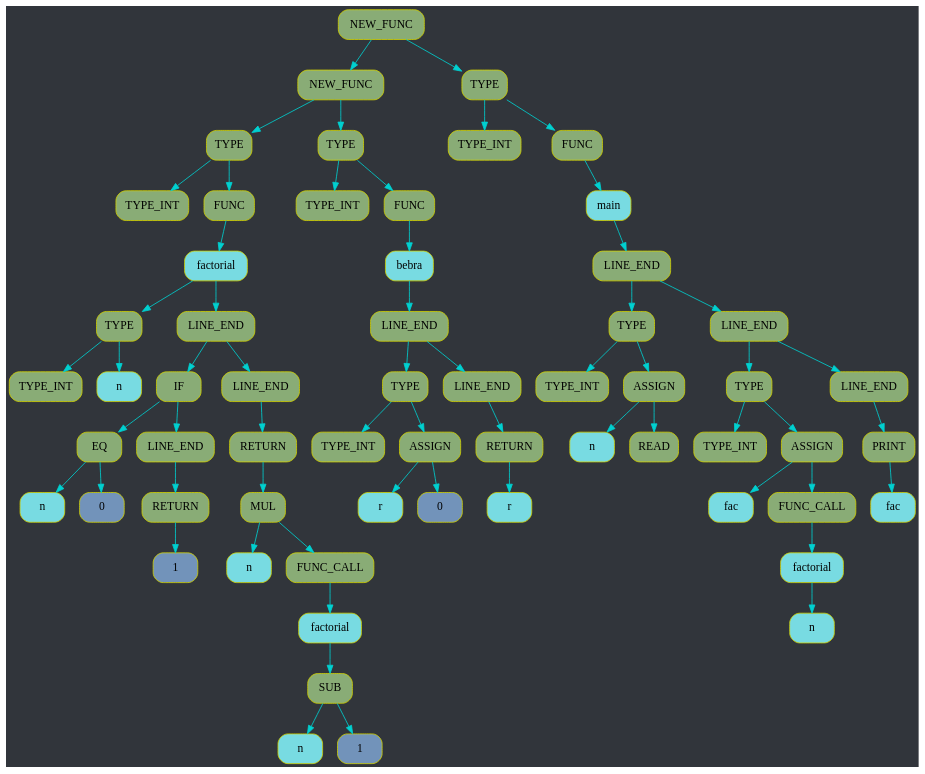
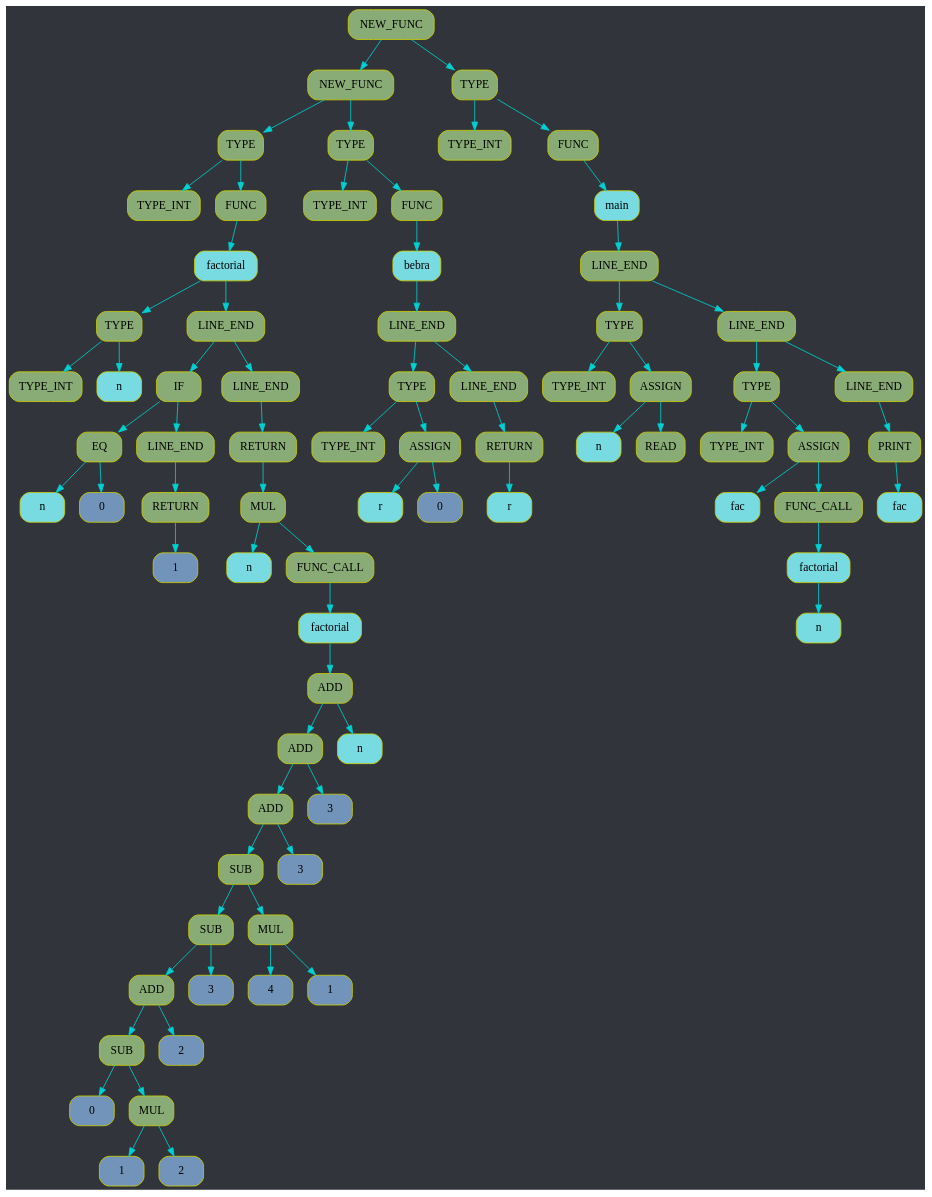
Before and after one commit to d3clane/ProgrammingLanguage: the diagram in FrontEnd/treeHandler.dot, drawn with Graphviz. The commit also changed 20 other files, not shown here.

```diff
--- a/FrontEnd/treeHandler.dot
+++ b/FrontEnd/treeHandler.dot
@@ -2,110 +2,158 @@
 rankdir=TB;
 graph [bgcolor="#31353b"];
 edge[color="#00D0D0"];
-node0x137617c00[shape=Mrecord, style=filled, fillcolor="#89AC76", label = "NEW_FUNC", color = "#D0D000"];
-node0x137617670[shape=Mrecord, style=filled, fillcolor="#89AC76", label = "NEW_FUNC", color = "#D0D000"];
-node0x137617910[shape=Mrecord, style=filled, fillcolor="#89AC76", label = "TYPE", color = "#D0D000"];
-node0x137616a80[shape=Mrecord, style=filled, fillcolor="#89AC76", label = "TYPE_INT", color = "#D0D000"];
-node0x137616780[shape=Mrecord, style=filled, fillcolor="#89AC76", label = "FUNC", color = "#D0D000"];
-node0x137616ab0[shape=Mrecord, style=filled, fillcolor="#78DBE2", label = "factorial", color = "#D0D000"];
-node0x137616c40[shape=Mrecord, style=filled, fillcolor="#89AC76", label = "TYPE", color = "#D0D000"];
-node0x1376167a0[shape=Mrecord, style=filled, fillcolor="#89AC76", label = "TYPE_INT", color = "#D0D000"];
-node0x1376167c0[shape=Mrecord, style=filled, fillcolor="#78DBE2", label = "n", color = "#D0D000"];
-node0x137616c60[shape=Mrecord, style=filled, fillcolor="#89AC76", label = "LINE_END", color = "#D0D000"];
-node0x137616660[shape=Mrecord, style=filled, fillcolor="#89AC76", label = "IF", color = "#D0D000"];
-node0x1376165e0[shape=Mrecord, style=filled, fillcolor="#89AC76", label = "EQ", color = "#D0D000"];
-node0x137616c80[shape=Mrecord, style=filled, fillcolor="#78DBE2", label = "n", color = "#D0D000"];
-node0x137616ca0[shape=Mrecord, style=filled, fillcolor="#7293ba", label = "0", color = "#D0D000"];
-node0x137616600[shape=Mrecord, style=filled, fillcolor="#89AC76", label = "LINE_END", color = "#D0D000"];
-node0x137616640[shape=Mrecord, style=filled, fillcolor="#89AC76", label = "RETURN", color = "#D0D000"];
-node0x137616620[shape=Mrecord, style=filled, fillcolor="#7293ba", label = "1", color = "#D0D000"];
-node0x137616680[shape=Mrecord, style=filled, fillcolor="#89AC76", label = "LINE_END", color = "#D0D000"];
-node0x1376178f0[shape=Mrecord, style=filled, fillcolor="#89AC76", label = "RETURN", color = "#D0D000"];
-node0x1376178d0[shape=Mrecord, style=filled, fillcolor="#89AC76", label = "MUL", color = "#D0D000"];
-node0x1376166b0[shape=Mrecord, style=filled, fillcolor="#78DBE2", label = "n", color = "#D0D000"];
-node0x1376178b0[shape=Mrecord, style=filled, fillcolor="#89AC76", label = "FUNC_CALL", color = "#D0D000"];
-node0x1376166e0[shape=Mrecord, style=filled, fillcolor="#78DBE2", label = "factorial", color = "#D0D000"];
-node0x137617890[shape=Mrecord, style=filled, fillcolor="#89AC76", label = "SUB", color = "#D0D000"];
-node0x137617850[shape=Mrecord, style=filled, fillcolor="#78DBE2", label = "n", color = "#D0D000"];
-node0x137617870[shape=Mrecord, style=filled, fillcolor="#7293ba", label = "1", color = "#D0D000"];
-node0x137617650[shape=Mrecord, style=filled, fillcolor="#89AC76", label = "TYPE", color = "#D0D000"];
-node0x137617950[shape=Mrecord, style=filled, fillcolor="#89AC76", label = "TYPE_INT", color = "#D0D000"];
-node0x137617990[shape=Mrecord, style=filled, fillcolor="#89AC76", label = "FUNC", color = "#D0D000"];
-node0x137617970[shape=Mrecord, style=filled, fillcolor="#78DBE2", label = "bebra", color = "#D0D000"];
-node0x1376179b0[shape=Mrecord, style=filled, fillcolor="#89AC76", label = "LINE_END", color = "#D0D000"];
-node0x1376175c0[shape=Mrecord, style=filled, fillcolor="#89AC76", label = "TYPE", color = "#D0D000"];
-node0x1376179d0[shape=Mrecord, style=filled, fillcolor="#89AC76", label = "TYPE_INT", color = "#D0D000"];
-node0x1376175a0[shape=Mrecord, style=filled, fillcolor="#89AC76", label = "ASSIGN", color = "#D0D000"];
-node0x137617a00[shape=Mrecord, style=filled, fillcolor="#78DBE2", label = "r", color = "#D0D000"];
-node0x137617a20[shape=Mrecord, style=filled, fillcolor="#7293ba", label = "0", color = "#D0D000"];
-node0x1376175e0[shape=Mrecord, style=filled, fillcolor="#89AC76", label = "LINE_END", color = "#D0D000"];
-node0x137617630[shape=Mrecord, style=filled, fillcolor="#89AC76", label = "RETURN", color = "#D0D000"];
-node0x137617610[shape=Mrecord, style=filled, fillcolor="#78DBE2", label = "r", color = "#D0D000"];
-node0x137617be0[shape=Mrecord, style=filled, fillcolor="#89AC76", label = "TYPE", color = "#D0D000"];
-node0x1376176b0[shape=Mrecord, style=filled, fillcolor="#89AC76", label = "TYPE_INT", color = "#D0D000"];
-node0x137617700[shape=Mrecord, style=filled, fillcolor="#89AC76", label = "FUNC", color = "#D0D000"];
-node0x1376176e0[shape=Mrecord, style=filled, fillcolor="#78DBE2", label = "main", color = "#D0D000"];
-node0x137617720[shape=Mrecord, style=filled, fillcolor="#89AC76", label = "LINE_END", color = "#D0D000"];
-node0x1376177d0[shape=Mrecord, style=filled, fillcolor="#89AC76", label = "TYPE", color = "#D0D000"];
-node0x137617740[shape=Mrecord, style=filled, fillcolor="#89AC76", label = "TYPE_INT", color = "#D0D000"];
-node0x1376177b0[shape=Mrecord, style=filled, fillcolor="#89AC76", label = "ASSIGN", color = "#D0D000"];
-node0x137617770[shape=Mrecord, style=filled, fillcolor="#78DBE2", label = "n", color = "#D0D000"];
-node0x137617790[shape=Mrecord, style=filled, fillcolor="#89AC76", label = "READ", color = "#D0D000"];
-node0x1376177f0[shape=Mrecord, style=filled, fillcolor="#89AC76", label = "LINE_END", color = "#D0D000"];
-node0x137617b50[shape=Mrecord, style=filled, fillcolor="#89AC76", label = "TYPE", color = "#D0D000"];
-node0x137617810[shape=Mrecord, style=filled, fillcolor="#89AC76", label = "TYPE_INT", color = "#D0D000"];
-node0x137617b30[shape=Mrecord, style=filled, fillcolor="#89AC76", label = "ASSIGN", color = "#D0D000"];
-node0x137617a90[shape=Mrecord, style=filled, fillcolor="#78DBE2", label = "fac", color = "#D0D000"];
-node0x137617b10[shape=Mrecord, style=filled, fillcolor="#89AC76", label = "FUNC_CALL", color = "#D0D000"];
-node0x137617ac0[shape=Mrecord, style=filled, fillcolor="#78DBE2", label = "factorial", color = "#D0D000"];
-node0x137617af0[shape=Mrecord, style=filled, fillcolor="#78DBE2", label = "n", color = "#D0D000"];
-node0x137617b70[shape=Mrecord, style=filled, fillcolor="#89AC76", label = "LINE_END", color = "#D0D000"];
-node0x137617bc0[shape=Mrecord, style=filled, fillcolor="#89AC76", label = "PRINT", color = "#D0D000"];
-node0x137617ba0[shape=Mrecord, style=filled, fillcolor="#78DBE2", label = "fac", color = "#D0D000"];
-node0x137617c00;
-node0x137617c00->node0x137617670;
-node0x137617670->node0x137617910;
-node0x137617910->node0x137616a80;
+node0x13de15370[shape=Mrecord, style=filled, fillcolor="#89AC76", label = "NEW_FUNC", color = "#D0D000"];
+node0x13de15030[shape=Mrecord, style=filled, fillcolor="#89AC76", label = "NEW_FUNC", color = "#D0D000"];
+node0x13de14e20[shape=Mrecord, style=filled, fillcolor="#89AC76", label = "TYPE", color = "#D0D000"];
+node0x13de139a0[shape=Mrecord, style=filled, fillcolor="#89AC76", label = "TYPE_INT", color = "#D0D000"];
+node0x13de139e0[shape=Mrecord, style=filled, fillcolor="#89AC76", label = "FUNC", color = "#D0D000"];
+node0x13de139c0[shape=Mrecord, style=filled, fillcolor="#78DBE2", label = "factorial", color = "#D0D000"];
+node0x13de13870[shape=Mrecord, style=filled, fillcolor="#89AC76", label = "TYPE", color = "#D0D000"];
+node0x13de13830[shape=Mrecord, style=filled, fillcolor="#89AC76", label = "TYPE_INT", color = "#D0D000"];
+node0x13de13850[shape=Mrecord, style=filled, fillcolor="#78DBE2", label = "n", color = "#D0D000"];
+node0x13de13890[shape=Mrecord, style=filled, fillcolor="#89AC76", label = "LINE_END", color = "#D0D000"];
+node0x13de13500[shape=Mrecord, style=filled, fillcolor="#89AC76", label = "IF", color = "#D0D000"];
+node0x13de13ab0[shape=Mrecord, style=filled, fillcolor="#89AC76", label = "EQ", color = "#D0D000"];
+node0x13de13a70[shape=Mrecord, style=filled, fillcolor="#78DBE2", label = "n", color = "#D0D000"];
+node0x13de13a90[shape=Mrecord, style=filled, fillcolor="#7293ba", label = "0", color = "#D0D000"];
+node0x13de13ad0[shape=Mrecord, style=filled, fillcolor="#89AC76", label = "LINE_END", color = "#D0D000"];
+node0x13de134e0[shape=Mrecord, style=filled, fillcolor="#89AC76", label = "RETURN", color = "#D0D000"];
+node0x13de13af0[shape=Mrecord, style=filled, fillcolor="#7293ba", label = "1", color = "#D0D000"];
+node0x13de13520[shape=Mrecord, style=filled, fillcolor="#89AC76", label = "LINE_END", color = "#D0D000"];
+node0x13de14e00[shape=Mrecord, style=filled, fillcolor="#89AC76", label = "RETURN", color = "#D0D000"];
+node0x13de14de0[shape=Mrecord, style=filled, fillcolor="#89AC76", label = "MUL", color = "#D0D000"];
+node0x13de13550[shape=Mrecord, style=filled, fillcolor="#78DBE2", label = "n", color = "#D0D000"];
+node0x13de14dc0[shape=Mrecord, style=filled, fillcolor="#89AC76", label = "FUNC_CALL", color = "#D0D000"];
+node0x13de13580[shape=Mrecord, style=filled, fillcolor="#78DBE2", label = "factorial", color = "#D0D000"];
+node0x13de14da0[shape=Mrecord, style=filled, fillcolor="#89AC76", label = "ADD", color = "#D0D000"];
+node0x13de14d60[shape=Mrecord, style=filled, fillcolor="#89AC76", label = "ADD", color = "#D0D000"];
+node0x13de13c40[shape=Mrecord, style=filled, fillcolor="#89AC76", label = "ADD", color = "#D0D000"];
+node0x13de13c00[shape=Mrecord, style=filled, fillcolor="#89AC76", label = "SUB", color = "#D0D000"];
+node0x13de13b80[shape=Mrecord, style=filled, fillcolor="#89AC76", label = "SUB", color = "#D0D000"];
+node0x13de14430[shape=Mrecord, style=filled, fillcolor="#89AC76", label = "ADD", color = "#D0D000"];
+node0x13de143f0[shape=Mrecord, style=filled, fillcolor="#89AC76", label = "SUB", color = "#D0D000"];
+node0x13de14370[shape=Mrecord, style=filled, fillcolor="#7293ba", label = "0", color = "#D0D000"];
+node0x13de143d0[shape=Mrecord, style=filled, fillcolor="#89AC76", label = "MUL", color = "#D0D000"];
+node0x13de14390[shape=Mrecord, style=filled, fillcolor="#7293ba", label = "1", color = "#D0D000"];
+node0x13de143b0[shape=Mrecord, style=filled, fillcolor="#7293ba", label = "2", color = "#D0D000"];
+node0x13de14410[shape=Mrecord, style=filled, fillcolor="#7293ba", label = "2", color = "#D0D000"];
+node0x13de13b60[shape=Mrecord, style=filled, fillcolor="#7293ba", label = "3", color = "#D0D000"];
+node0x13de13be0[shape=Mrecord, style=filled, fillcolor="#89AC76", label = "MUL", color = "#D0D000"];
+node0x13de13ba0[shape=Mrecord, style=filled, fillcolor="#7293ba", label = "4", color = "#D0D000"];
+node0x13de13bc0[shape=Mrecord, style=filled, fillcolor="#7293ba", label = "1", color = "#D0D000"];
+node0x13de13c20[shape=Mrecord, style=filled, fillcolor="#7293ba", label = "3", color = "#D0D000"];
+node0x13de14d40[shape=Mrecord, style=filled, fillcolor="#7293ba", label = "3", color = "#D0D000"];
+node0x13de14d80[shape=Mrecord, style=filled, fillcolor="#78DBE2", label = "n", color = "#D0D000"];
+node0x13de15010[shape=Mrecord, style=filled, fillcolor="#89AC76", label = "TYPE", color = "#D0D000"];
+node0x13de14e60[shape=Mrecord, style=filled, fillcolor="#89AC76", label = "TYPE_INT", color = "#D0D000"];
+node0x13de14eb0[shape=Mrecord, style=filled, fillcolor="#89AC76", label = "FUNC", color = "#D0D000"];
+node0x13de14e90[shape=Mrecord, style=filled, fillcolor="#78DBE2", label = "bebra", color = "#D0D000"];
+node0x13de14ed0[shape=Mrecord, style=filled, fillcolor="#89AC76", label = "LINE_END", color = "#D0D000"];
+node0x13de14f80[shape=Mrecord, style=filled, fillcolor="#89AC76", label = "TYPE", color = "#D0D000"];
+node0x13de14ef0[shape=Mrecord, style=filled, fillcolor="#89AC76", label = "TYPE_INT", color = "#D0D000"];
+node0x13de14f60[shape=Mrecord, style=filled, fillcolor="#89AC76", label = "ASSIGN", color = "#D0D000"];
+node0x13de14f20[shape=Mrecord, style=filled, fillcolor="#78DBE2", label = "r", color = "#D0D000"];
+node0x13de14f40[shape=Mrecord, style=filled, fillcolor="#7293ba", label = "0", color = "#D0D000"];
+node0x13de14fa0[shape=Mrecord, style=filled, fillcolor="#89AC76", label = "LINE_END", color = "#D0D000"];
+node0x13de14ff0[shape=Mrecord, style=filled, fillcolor="#89AC76", label = "RETURN", color = "#D0D000"];
+node0x13de14fd0[shape=Mrecord, style=filled, fillcolor="#78DBE2", label = "r", color = "#D0D000"];
+node0x13de15350[shape=Mrecord, style=filled, fillcolor="#89AC76", label = "TYPE", color = "#D0D000"];
+node0x13de15070[shape=Mrecord, style=filled, fillcolor="#89AC76", label = "TYPE_INT", color = "#D0D000"];
+node0x13de150c0[shape=Mrecord, style=filled, fillcolor="#89AC76", label = "FUNC", color = "#D0D000"];
+node0x13de150a0[shape=Mrecord, style=filled, fillcolor="#78DBE2", label = "main", color = "#D0D000"];
+node0x13de150e0[shape=Mrecord, style=filled, fillcolor="#89AC76", label = "LINE_END", color = "#D0D000"];
+node0x13de15190[shape=Mrecord, style=filled, fillcolor="#89AC76", label = "TYPE", color = "#D0D000"];
+node0x13de15100[shape=Mrecord, style=filled, fillcolor="#89AC76", label = "TYPE_INT", color = "#D0D000"];
+node0x13de15170[shape=Mrecord, style=filled, fillcolor="#89AC76", label = "ASSIGN", color = "#D0D000"];
+node0x13de15130[shape=Mrecord, style=filled, fillcolor="#78DBE2", label = "n", color = "#D0D000"];
+node0x13de15150[shape=Mrecord, style=filled, fillcolor="#89AC76", label = "READ", color = "#D0D000"];
+node0x13de151b0[shape=Mrecord, style=filled, fillcolor="#89AC76", label = "LINE_END", color = "#D0D000"];
+node0x13de152c0[shape=Mrecord, style=filled, fillcolor="#89AC76", label = "TYPE", color = "#D0D000"];
+node0x13de151d0[shape=Mrecord, style=filled, fillcolor="#89AC76", label = "TYPE_INT", color = "#D0D000"];
+node0x13de152a0[shape=Mrecord, style=filled, fillcolor="#89AC76", label = "ASSIGN", color = "#D0D000"];
+node0x13de15200[shape=Mrecord, style=filled, fillcolor="#78DBE2", label = "fac", color = "#D0D000"];
+node0x13de15280[shape=Mrecord, style=filled, fillcolor="#89AC76", label = "FUNC_CALL", color = "#D0D000"];
+node0x13de15230[shape=Mrecord, style=filled, fillcolor="#78DBE2", label = "factorial", color = "#D0D000"];
+node0x13de15260[shape=Mrecord, style=filled, fillcolor="#78DBE2", label = "n", color = "#D0D000"];
+node0x13de152e0[shape=Mrecord, style=filled, fillcolor="#89AC76", label = "LINE_END", color = "#D0D000"];
+node0x13de15330[shape=Mrecord, style=filled, fillcolor="#89AC76", label = "PRINT", color = "#D0D000"];
+node0x13de15310[shape=Mrecord, style=filled, fillcolor="#78DBE2", label = "fac", color = "#D0D000"];
+node0x13de15370;
+node0x13de15370->node0x13de15030;
+node0x13de15030->node0x13de14e20;
+node0x13de14e20->node0x13de139a0;
 
 
-node0x137617910->node0x137616780;
-node0x137616780->node0x137616ab0;
-node0x137616ab0->node0x137616c40;
-node0x137616c40->node0x1376167a0;
+node0x13de14e20->node0x13de139e0;
+node0x13de139e0->node0x13de139c0;
+node0x13de139c0->node0x13de13870;
+node0x13de13870->node0x13de13830;
 
 
-node0x137616c40->node0x1376167c0;
+node0x13de13870->node0x13de13850;
 
 
-node0x137616ab0->node0x137616c60;
-node0x137616c60->node0x137616660;
-node0x137616660->node0x1376165e0;
-node0x1376165e0->node0x137616c80;
+node0x13de139c0->node0x13de13890;
+node0x13de13890->node0x13de13500;
+node0x13de13500->node0x13de13ab0;
+node0x13de13ab0->node0x13de13a70;
 
 
-node0x1376165e0->node0x137616ca0;
+node0x13de13ab0->node0x13de13a90;
 
 
-node0x137616660->node0x137616600;
-node0x137616600->node0x137616640;
-node0x137616640->node0x137616620;
+node0x13de13500->node0x13de13ad0;
+node0x13de13ad0->node0x13de134e0;
+node0x13de134e0->node0x13de13af0;
 
 
 
 
-node0x137616c60->node0x137616680;
-node0x137616680->node0x1376178f0;
-node0x1376178f0->node0x1376178d0;
-node0x1376178d0->node0x1376166b0;
+node0x13de13890->node0x13de13520;
+node0x13de13520->node0x13de14e00;
+node0x13de14e00->node0x13de14de0;
+node0x13de14de0->node0x13de13550;
 
 
-node0x1376178d0->node0x1376178b0;
-node0x1376178b0->node0x1376166e0;
-node0x1376166e0->node0x137617890;
-node0x137617890->node0x137617850;
+node0x13de14de0->node0x13de14dc0;
+node0x13de14dc0->node0x13de13580;
+node0x13de13580->node0x13de14da0;
+node0x13de14da0->node0x13de14d60;
+node0x13de14d60->node0x13de13c40;
+node0x13de13c40->node0x13de13c00;
+node0x13de13c00->node0x13de13b80;
+node0x13de13b80->node0x13de14430;
+node0x13de14430->node0x13de143f0;
+node0x13de143f0->node0x13de14370;
 
 
-node0x137617890->node0x137617870;
+node0x13de143f0->node0x13de143d0;
+node0x13de143d0->node0x13de14390;
+
+
+node0x13de143d0->node0x13de143b0;
+
+
+node0x13de14430->node0x13de14410;
+
+
+node0x13de13b80->node0x13de13b60;
+
+
+node0x13de13c00->node0x13de13be0;
+node0x13de13be0->node0x13de13ba0;
+
+
+node0x13de13be0->node0x13de13bc0;
+
+
+node0x13de13c40->node0x13de13c20;
+
+
+node0x13de14d60->node0x13de14d40;
+
+
+node0x13de14da0->node0x13de14d80;
 
 
 
@@ -113,71 +161,71 @@
 
 
 
-node0x137617670->node0x137617650;
-node0x137617650->node0x137617950;
+node0x13de15030->node0x13de15010;
+node0x13de15010->node0x13de14e60;
 
 
-node0x137617650->node0x137617990;
-node0x137617990->node0x137617970;
+node0x13de15010->node0x13de14eb0;
+node0x13de14eb0->node0x13de14e90;
 
-node0x137617970->node0x1376179b0;
-node0x1376179b0->node0x1376175c0;
-node0x1376175c0->node0x1376179d0;
+node0x13de14e90->node0x13de14ed0;
+node0x13de14ed0->node0x13de14f80;
+node0x13de14f80->node0x13de14ef0;
 
 
-node0x1376175c0->node0x1376175a0;
-node0x1376175a0->node0x137617a00;
+node0x13de14f80->node0x13de14f60;
+node0x13de14f60->node0x13de14f20;
 
 
-node0x1376175a0->node0x137617a20;
+node0x13de14f60->node0x13de14f40;
 
 
-node0x1376179b0->node0x1376175e0;
-node0x1376175e0->node0x137617630;
-node0x137617630->node0x137617610;
+node0x13de14ed0->node0x13de14fa0;
+node0x13de14fa0->node0x13de14ff0;
+node0x13de14ff0->node0x13de14fd0;
 
 
 
 
 
-node0x137617c00->node0x137617be0;
-node0x137617be0->node0x1376176b0;
+node0x13de15370->node0x13de15350;
+node0x13de15350->node0x13de15070;
 
 
-node0x137617be0->node0x137617700;
-node0x137617700->node0x1376176e0;
+node0x13de15350->node0x13de150c0;
+node0x13de150c0->node0x13de150a0;
 
-node0x1376176e0->node0x137617720;
-node0x137617720->node0x1376177d0;
-node0x1376177d0->node0x137617740;
+node0x13de150a0->node0x13de150e0;
+node0x13de150e0->node0x13de15190;
+node0x13de15190->node0x13de15100;
 
 
-node0x1376177d0->node0x1376177b0;
-node0x1376177b0->node0x137617770;
+node0x13de15190->node0x13de15170;
+node0x13de15170->node0x13de15130;
 
 
-node0x1376177b0->node0x137617790;
+node0x13de15170->node0x13de15150;
 
 
-node0x137617720->node0x1376177f0;
-node0x1376177f0->node0x137617b50;
-node0x137617b50->node0x137617810;
+node0x13de150e0->node0x13de151b0;
+node0x13de151b0->node0x13de152c0;
+node0x13de152c0->node0x13de151d0;
 
 
-node0x137617b50->node0x137617b30;
-node0x137617b30->node0x137617a90;
+node0x13de152c0->node0x13de152a0;
+node0x13de152a0->node0x13de15200;
 
 
-node0x137617b30->node0x137617b10;
-node0x137617b10->node0x137617ac0;
-node0x137617ac0->node0x137617af0;
+node0x13de152a0->node0x13de15280;
+node0x13de15280->node0x13de15230;
+node0x13de15230->node0x13de15260;
 
 
 
 
-node0x1376177f0->node0x137617b70;
-node0x137617b70->node0x137617bc0;
-node0x137617bc0->node0x137617ba0;
+node0x13de151b0->node0x13de152e0;
+node0x13de152e0->node0x13de15330;
+node0x13de15330->node0x13de15310;
 
 
 
```
